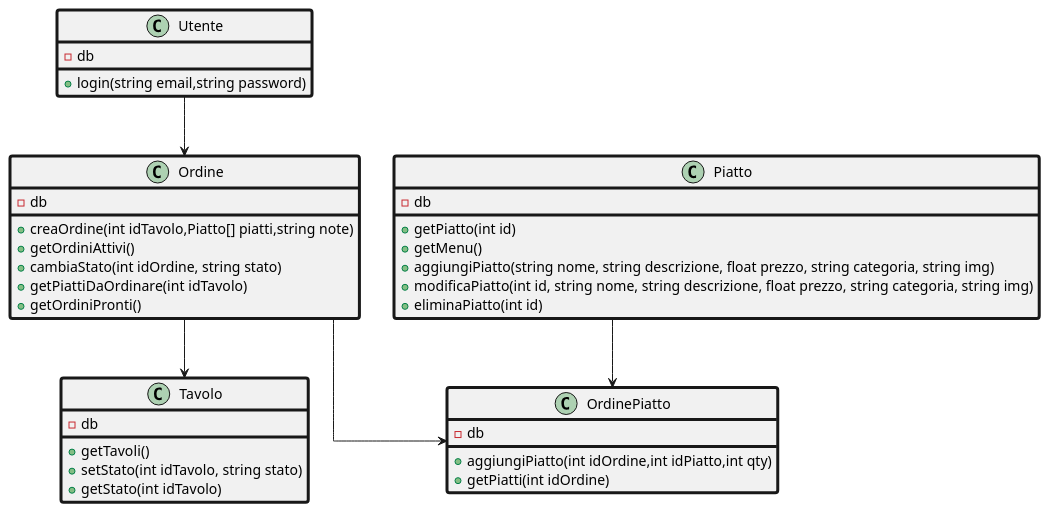
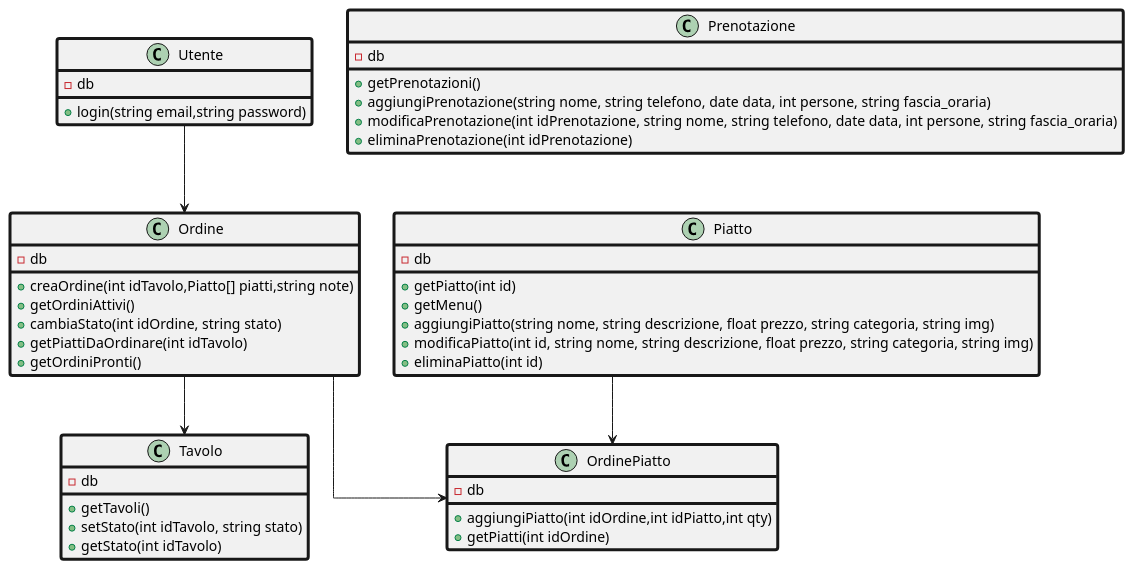
Before and after one commit to kawtar-c/SoftSprint: the diagram in elementi exported/SoftSprintClass.puml, drawn with PlantUML. The commit also changed 9 other files, not shown here.

```diff
--- a/elementi exported/SoftSprintClass.puml
+++ b/elementi exported/SoftSprintClass.puml
@@ -1,51 +1,58 @@
 @startuml SoftSprintClass
 
 ' Stile Diagramma
 skinparam classAttributeIconSize 10
 skinparam classBorderThickness <3>
 skinparam packageBorderThickness <4>
 skinparam linetype ortho
 top to bottom direction
 
 class Utente {
     -db
     +login(string email,string password)
     } 
 
 class Tavolo {
     -db
     +getTavoli()
     +setStato(int idTavolo, string stato)
     +getStato(int idTavolo)
     }
 
 class Ordine {
     -db
     +creaOrdine(int idTavolo,Piatto[] piatti,string note)
     +getOrdiniAttivi()
     +cambiaStato(int idOrdine, string stato)
     +getPiattiDaOrdinare(int idTavolo)
     +getOrdiniPronti()
     }
 
 class OrdinePiatto {
     -db
     +aggiungiPiatto(int idOrdine,int idPiatto,int qty)
     +getPiatti(int idOrdine)
     }
 
 class Piatto {
     -db
     +getPiatto(int id)
     +getMenu()
     +aggiungiPiatto(string nome, string descrizione, float prezzo, string categoria, string img)
     +modificaPiatto(int id, string nome, string descrizione, float prezzo, string categoria, string img)
     +eliminaPiatto(int id)
     }
 
+class Prenotazione {
+    -db
+    +getPrenotazioni()
+    +aggiungiPrenotazione(string nome, string telefono, date data, int persone, string fascia_oraria)
+    +modificaPrenotazione(int idPrenotazione, string nome, string telefono, date data, int persone, string fascia_oraria)
+    +eliminaPrenotazione(int idPrenotazione)
+    }
 Utente  -->  Ordine
 Ordine  -->  Tavolo
 Ordine  -->  OrdinePiatto
 Piatto  -->  OrdinePiatto
 
 @enduml
```
